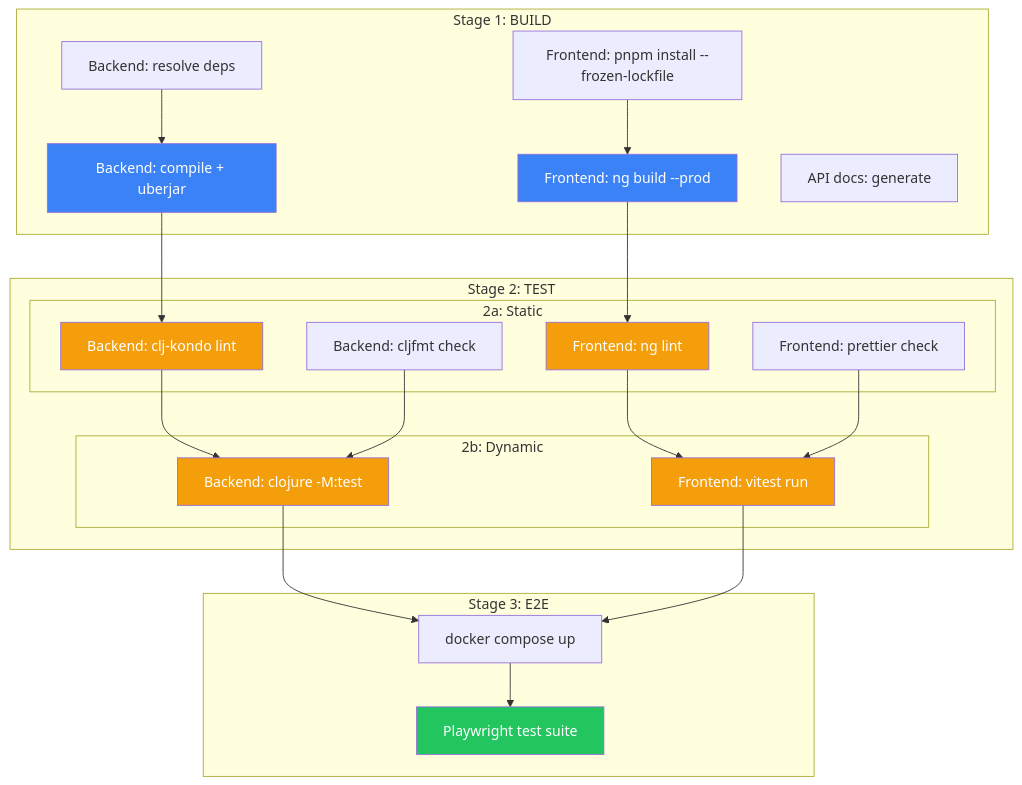
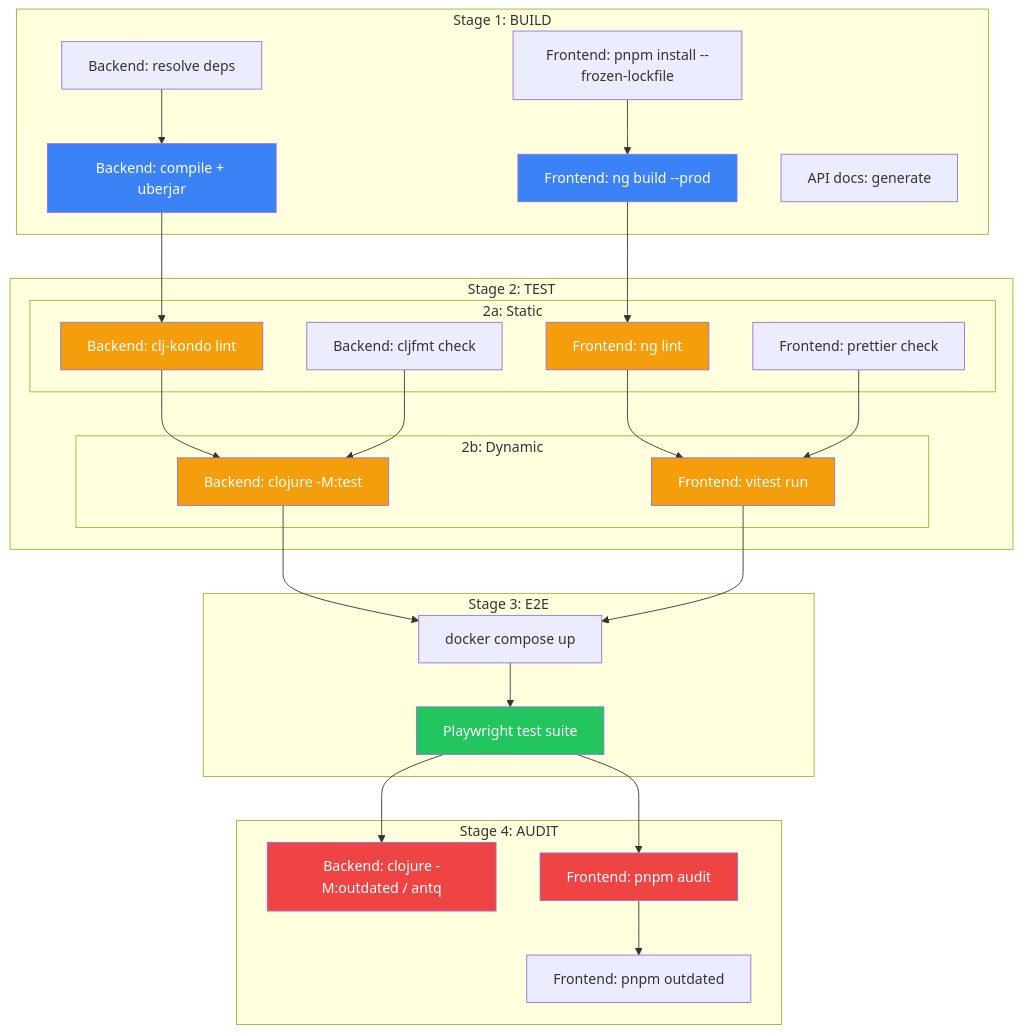
The fourth of 6 diagrams in docs/architecture/tech-stack.md (virgenherrera/GILA_SOFTWARE_CHALLENGE), drawn with Mermaid before and after one commit. The commit also changed other lines of this file and 39 other files, not shown here.

````diff
--- a/docs/architecture/tech-stack.md
+++ b/docs/architecture/tech-stack.md
@@ -593,48 +694,59 @@
 ```mermaid
 flowchart TD
     subgraph "Stage 1: BUILD"
         B1[Backend: resolve deps]
         B2[Backend: compile + uberjar]
         B3[Frontend: pnpm install --frozen-lockfile]
         B4[Frontend: ng build --prod]
         B5[API docs: generate]
         B1 --> B2
         B3 --> B4
     end
 
     subgraph "Stage 2: TEST"
         subgraph "2a: Static"
             S1[Backend: clj-kondo lint]
             S2[Backend: cljfmt check]
             S3[Frontend: ng lint]
             S4[Frontend: prettier check]
         end
         subgraph "2b: Dynamic"
             D1[Backend: clojure -M:test]
             D2[Frontend: vitest run]
         end
         S1 --> D1
         S2 --> D1
         S3 --> D2
         S4 --> D2
     end
 
     subgraph "Stage 3: E2E"
         E1[docker compose up]
         E2[Playwright test suite]
         E1 --> E2
     end
 
+    subgraph "Stage 4: AUDIT"
+        A1[Backend: clojure -M:outdated / antq]
+        A2[Frontend: pnpm audit]
+        A3[Frontend: pnpm outdated]
+        A2 --> A3
+    end
+
     B2 --> S1
     B4 --> S3
     D1 --> E1
     D2 --> E1
+    E2 --> A1
+    E2 --> A2
 
     style B2 fill:#3b82f6,color:#fff
     style B4 fill:#3b82f6,color:#fff
     style S1 fill:#f59e0b,color:#fff
     style S3 fill:#f59e0b,color:#fff
     style D1 fill:#f59e0b,color:#fff
     style D2 fill:#f59e0b,color:#fff
     style E2 fill:#22c55e,color:#fff
+    style A1 fill:#ef4444,color:#fff
+    style A2 fill:#ef4444,color:#fff
 ```
````
